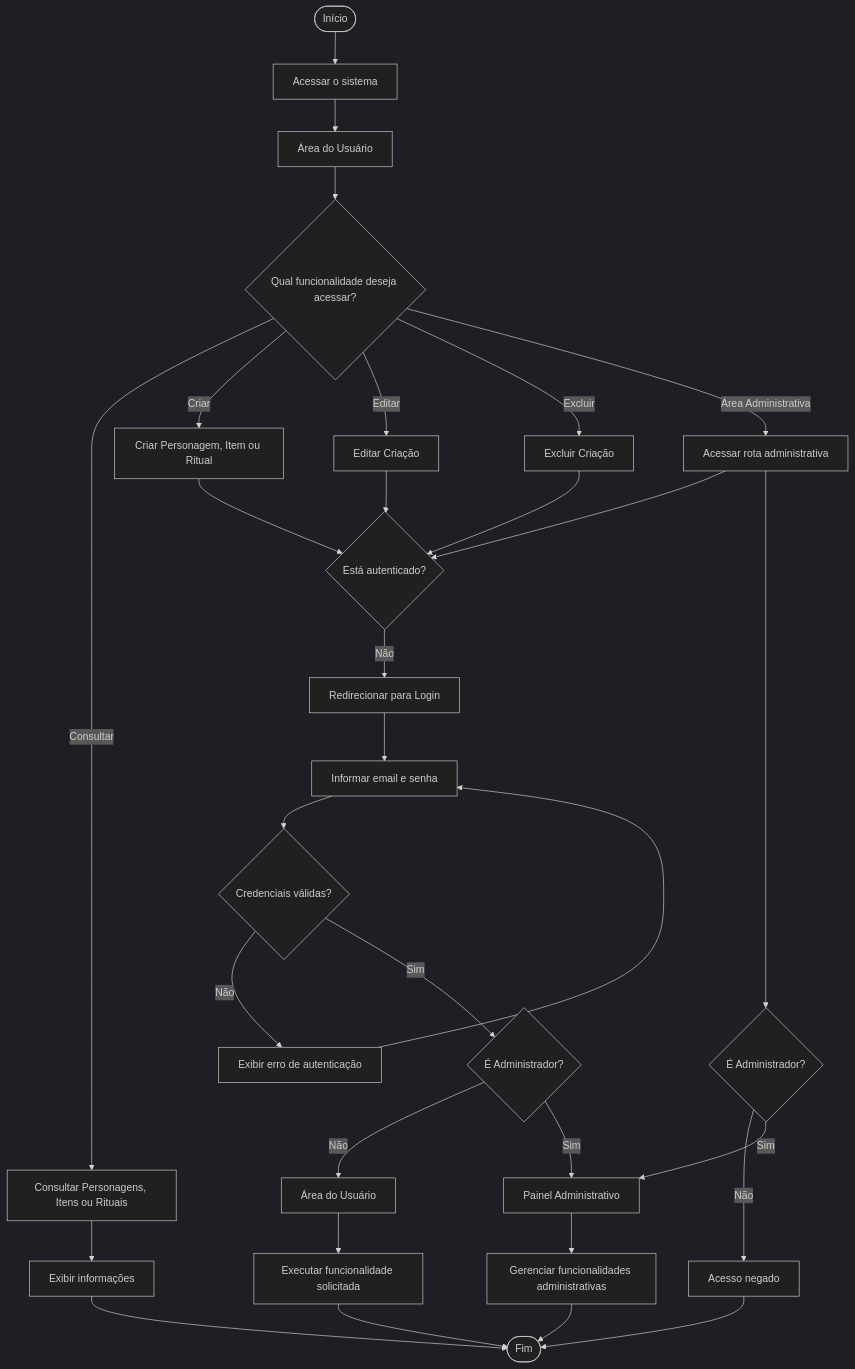
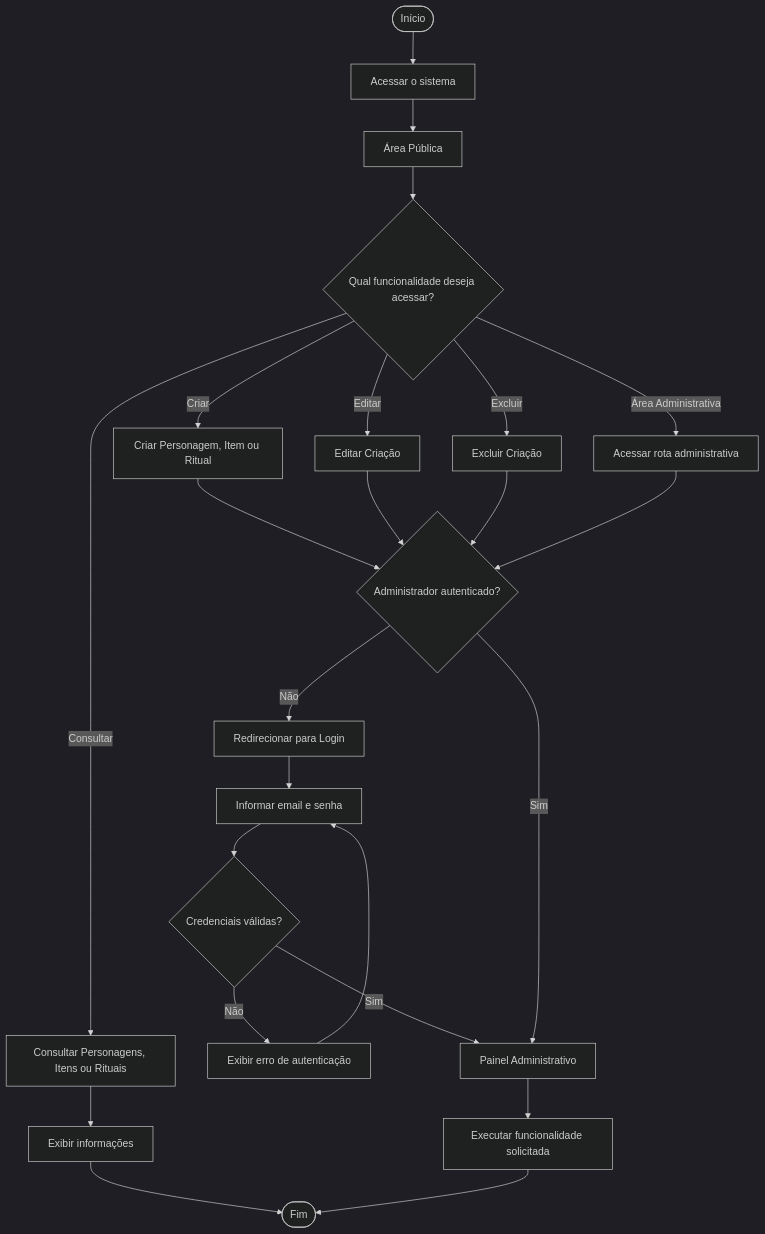
The second of 2 diagrams in README.md (Eduardo-Nicolete37/OrdoCalamitatis), drawn with Mermaid (dark theme) before and after one commit. The commit also changed other lines of this file and 2 other files, not shown here.

Commit message:
docs: Continuação da documentação do projeto

````diff
--- a/README.md
+++ b/README.md
@@ -255,54 +255,40 @@
 ```mermaid
 flowchart TD
     A([Início]) --> B["Acessar o sistema"]
 
-    B --> C["Área do Usuário"]
+    B --> C["Área Pública"]
 
     C --> D{"Qual funcionalidade deseja acessar?"}
 
-    %% Funcionalidades disponíveis na área do usuário
+    %% Funcionalidade pública (sem login)
     D -->|Consultar| E["Consultar Personagens, Itens ou Rituais"]
-    D -->|Criar| F["Criar Personagem, Item ou Ritual"]
-    D -->|Editar| G["Editar Criação"]
-    D -->|Excluir| H["Excluir Criação"]
-    D -->|Área Administrativa| I["Acessar rota administrativa"]
+    E --> F["Exibir informações"]
+    F --> Z([Fim])
 
-    %% Funcionalidades que não exigem login
-    E --> J["Exibir informações"]
-    J --> Z([Fim])
+    %% Funcionalidades restritas ao administrador
+    D -->|Criar| G["Criar Personagem, Item ou Ritual"]
+    D -->|Editar| H["Editar Criação"]
+    D -->|Excluir| I["Excluir Criação"]
+    D -->|Área Administrativa| J["Acessar rota administrativa"]
 
-    %% Funcionalidades que exigem autenticação
-    F --> K{"Está autenticado?"}
-    G --> K
+    G --> K{"Administrador autenticado?"}
     H --> K
     I --> K
+    J --> K
 
+    %% Fluxo de autenticação
     K -->|Não| L["Redirecionar para Login"]
     L --> M["Informar email e senha"]
     M --> N{"Credenciais válidas?"}
 
     N -->|Não| O["Exibir erro de autenticação"]
     O --> M
 
-    N -->|Sim| P{"É Administrador?"}
+    N -->|Sim| P["Painel Administrativo"]
+    K -->|Sim| P
 
-    %% Usuário autenticado
-    P -->|Não| Q["Área do Usuário"]
-    P -->|Sim| R["Painel Administrativo"]
-
-    %% Operações do usuário
-    Q --> S["Executar funcionalidade solicitada"]
-    S --> Z
-
-    %% Área administrativa
-    R --> T["Gerenciar funcionalidades administrativas"]
-    T --> Z
-
-    %% Usuário já autenticado tentando acessar Admin
-    I --> U{"É Administrador?"}
-    U -->|Não| V["Acesso negado"]
-    U -->|Sim| R
-
-    V --> Z
+    %% Operações do administrador
+    P --> Q["Executar funcionalidade solicitada"]
+    Q --> Z
 
 ```
````
